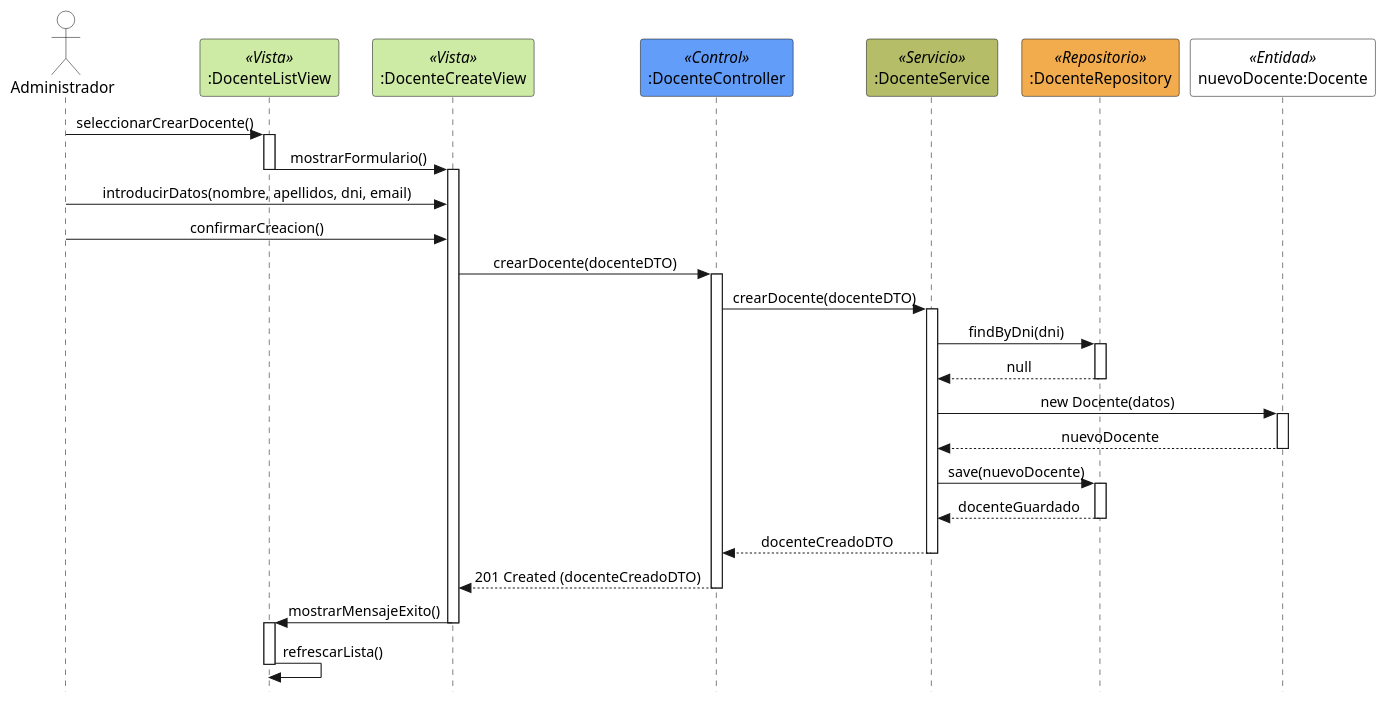
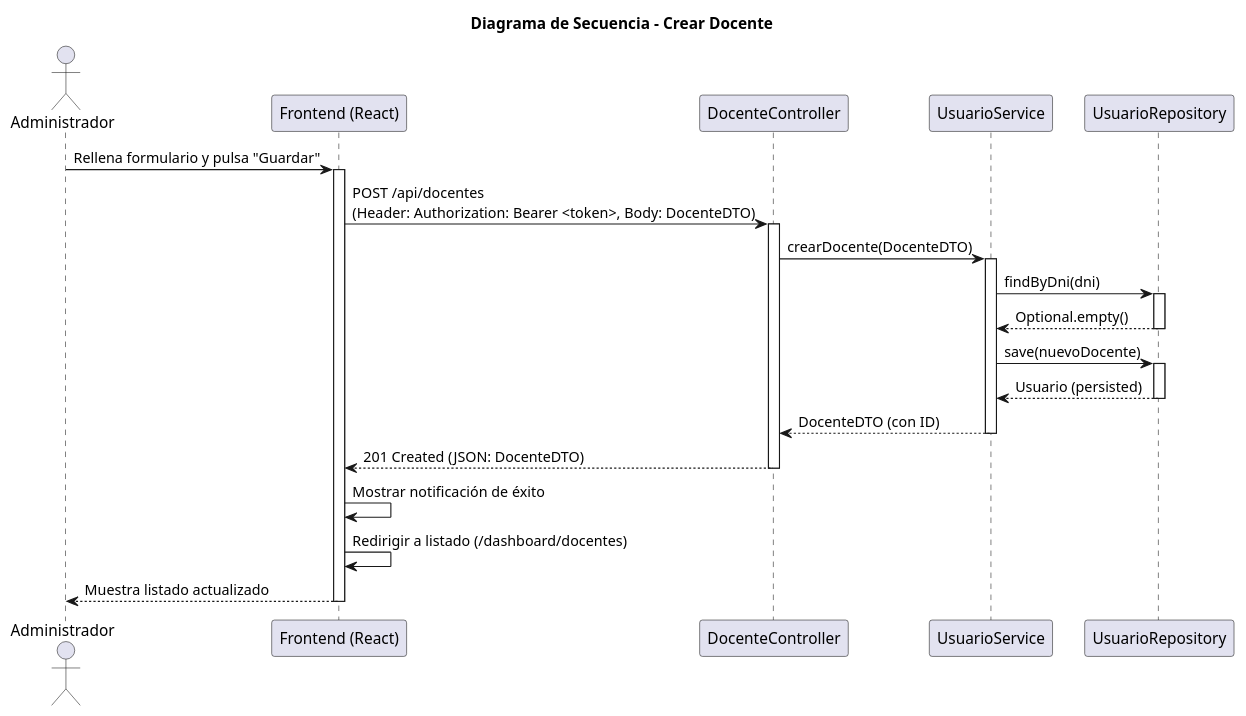
One commit to Pareyor/25-26-idsw2-sdVC changed the diagram in modelosUML/diseño/crearDocente/secuencia.puml. Above: the diagram before and after it, drawn with PlantUML. The commit also changed 7 other files, not shown here.

Commit message:
fix: Corrige diagrama de secuencia en verDocente y crearDocente y corrige ubicación de las imágenes de verPreguntas y verAlumnos

```diff
--- a/modelosUML/diseño/crearDocente/secuencia.puml
+++ b/modelosUML/diseño/crearDocente/secuencia.puml
@@ -1,59 +1,40 @@
-@startuml secuencia
-skinparam Style strictuml
-skinparam SequenceMessageAlignment center
+@startuml
+title Diagrama de Secuencia - Crear Docente
 
-skinparam sequence {
-    ParticipantBackgroundColor #white
-    ActorBackgroundColor #white
-}
+actor "Administrador" as Actor
+participant "Frontend (React)" as FE
+participant "DocenteController" as Controller
+participant "UsuarioService" as Service
+participant "UsuarioRepository" as Repo
 
-actor "Administrador" as Admin
-participant ":DocenteListView" as ListView <<Vista>> #CDEBA5
-participant ":DocenteCreateView" as CreateView <<Vista>> #CDEBA5
-participant ":DocenteController" as Controller <<Control>> #629EF9
-participant ":DocenteService" as Service <<Servicio>> #b5bd68
-participant ":DocenteRepository" as Repo <<Repositorio>> #F2AC4E
-participant "nuevoDocente:Docente" as Entity <<Entidad>> #white
+Actor -> FE: Rellena formulario y pulsa "Guardar"
+activate FE
 
-Admin -> ListView : seleccionarCrearDocente()
-activate ListView
-ListView -> CreateView : mostrarFormulario()
-deactivate ListView
-activate CreateView
-
-Admin -> CreateView : introducirDatos(nombre, apellidos, dni, email)
-Admin -> CreateView : confirmarCreacion()
-
-CreateView -> Controller : crearDocente(docenteDTO)
+FE -> Controller: POST /api/docentes\n(Header: Authorization: Bearer <token>, Body: DocenteDTO)
 activate Controller
 
-Controller -> Service : crearDocente(docenteDTO)
+Controller -> Service: crearDocente(DocenteDTO)
 activate Service
 
-Service -> Repo : findByDni(dni)
+Service -> Repo: findByDni(dni)
 activate Repo
-Repo --> Service : null
+Repo --> Service: Optional.empty()
 deactivate Repo
 
-Service -> Entity : new Docente(datos)
-activate Entity
-Entity --> Service : nuevoDocente
-deactivate Entity
-
-Service -> Repo : save(nuevoDocente)
+Service -> Repo: save(nuevoDocente)
 activate Repo
-Repo --> Service : docenteGuardado
+Repo --> Service: Usuario (persisted)
 deactivate Repo
 
-Service --> Controller : docenteCreadoDTO
+Service --> Controller: DocenteDTO (con ID)
 deactivate Service
 
-Controller --> CreateView : 201 Created (docenteCreadoDTO)
+Controller --> FE: 201 Created (JSON: DocenteDTO)
 deactivate Controller
 
-CreateView -> ListView : mostrarMensajeExito()
-deactivate CreateView
-activate ListView
-ListView -> ListView : refrescarLista()
-deactivate ListView
+FE -> FE: Mostrar notificación de éxito
+FE -> FE: Redirigir a listado (/dashboard/docentes)
+FE --> Actor: Muestra listado actualizado
+deactivate FE
+
 @enduml
```
